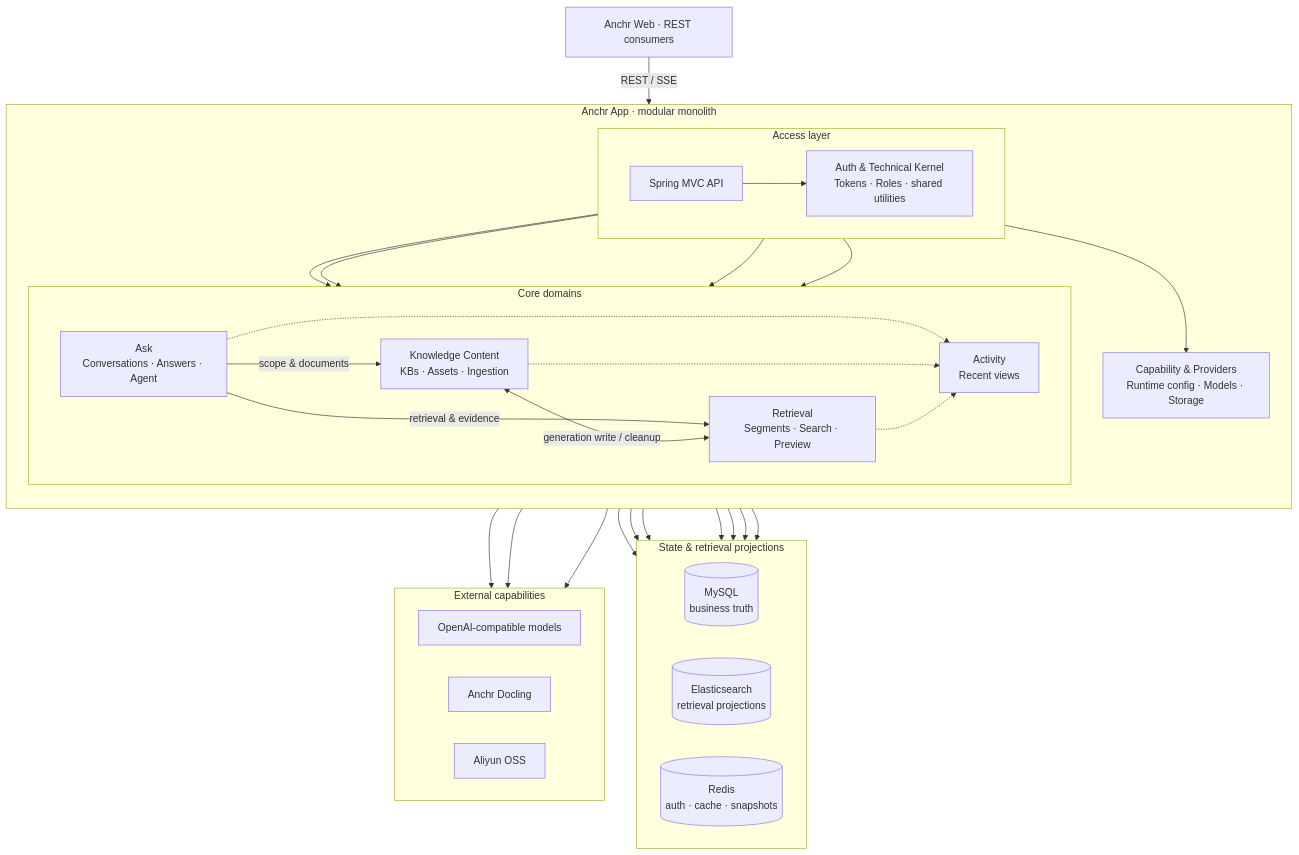
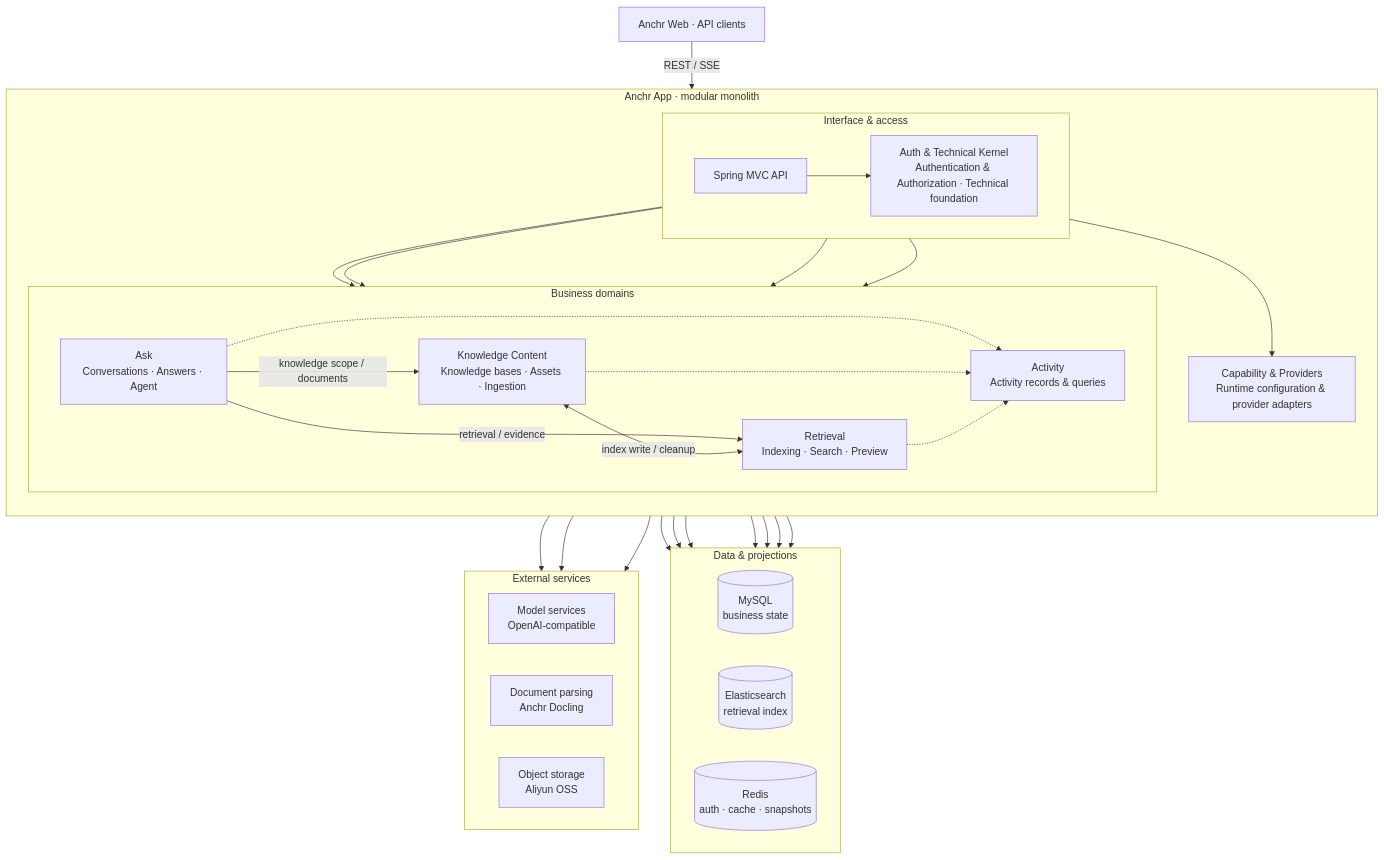
One commit to ryanmeowy/anchr-app changed the diagram in docs/technical.en.md. Above: the diagram before and after it, drawn with Mermaid. The commit also changed other lines of this file and 2 other files, not shown here.

Commit message:
Clarifies architecture docs and project layout with consistent terms.

````diff
--- a/docs/technical.en.md
+++ b/docs/technical.en.md
@@ -69,55 +69,55 @@
 ```mermaid
 flowchart TB
-    CLIENT["Anchr Web · REST consumers"] -->|"REST / SSE"| API
+    CLIENT["Anchr Web · API clients"] -->|"REST / SSE"| API
 
     subgraph APP["Anchr App · modular monolith"]
         direction TB
 
-        subgraph ACCESS["Access layer"]
+        subgraph ACCESS["Interface & access"]
             direction LR
             API["Spring MVC API"]
-            AUTH["Auth & Technical Kernel<br/>Tokens · Roles · shared utilities"]
+            AUTH["Auth & Technical Kernel<br/>Authentication & Authorization · Technical foundation"]
         end
 
-        subgraph CORE["Core domains"]
+        subgraph CORE["Business domains"]
             direction LR
             ASK["Ask<br/>Conversations · Answers · Agent"]
-            KC["Knowledge Content<br/>KBs · Assets · Ingestion"]
-            RET["Retrieval<br/>Segments · Search · Preview"]
-            ACT["Activity<br/>Recent views"]
+            KC["Knowledge Content<br/>Knowledge bases · Assets · Ingestion"]
+            RET["Retrieval<br/>Indexing · Search · Preview"]
+            ACT["Activity<br/>Activity records & queries"]
         end
 
-        CAP["Capability & Providers<br/>Runtime config · Models · Storage"]
+        CAP["Capability & Providers<br/>Runtime configuration & provider adapters"]
     end
 
     API --> AUTH
     API --> ASK & KC & RET & ACT & CAP
 
-    ASK -->|"scope & documents"| KC
-    ASK -->|"retrieval & evidence"| RET
-    KC <-->|"generation write / cleanup"| RET
+    ASK -->|"knowledge scope / documents"| KC
+    ASK -->|"retrieval / evidence"| RET
+    KC <-->|"index write / cleanup"| RET
     ASK -.-> ACT
     KC -.-> ACT
     RET -.-> ACT
 
-    subgraph STATE["State & retrieval projections"]
+    subgraph STATE["Data & projections"]
         direction LR
-        MYSQL[("MySQL<br/>business truth")]
-        ES[("Elasticsearch<br/>retrieval projections")]
+        MYSQL[("MySQL<br/>business state")]
+        ES[("Elasticsearch<br/>retrieval index")]
         REDIS[("Redis<br/>auth · cache · snapshots")]
     end
 
     ASK & KC & ACT & CAP --> MYSQL
     RET --> ES
     AUTH & ASK --> REDIS
 
-    subgraph EXTERNAL["External capabilities"]
+    subgraph EXTERNAL["External services"]
         direction LR
-        MODELS["OpenAI-compatible models"]
-        DOCLING["Anchr Docling"]
-        OSS["Aliyun OSS"]
+        MODELS["Model services<br/>OpenAI-compatible"]
+        DOCLING["Document parsing<br/>Anchr Docling"]
+        OSS["Object storage<br/>Aliyun OSS"]
     end
 
     CAP --> MODELS
     KC --> DOCLING & OSS
 ```
````
